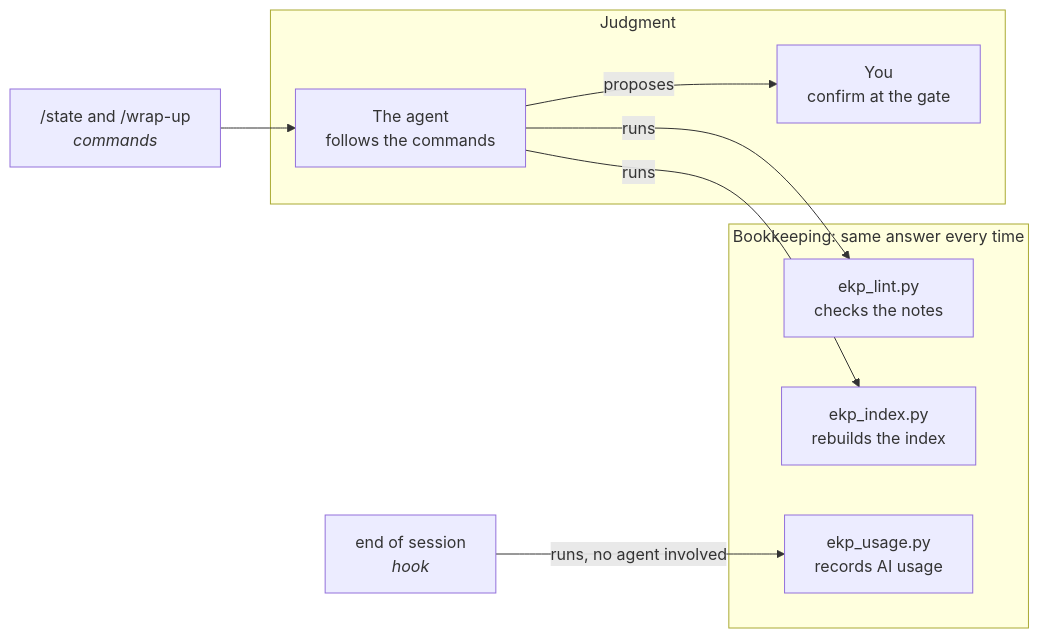
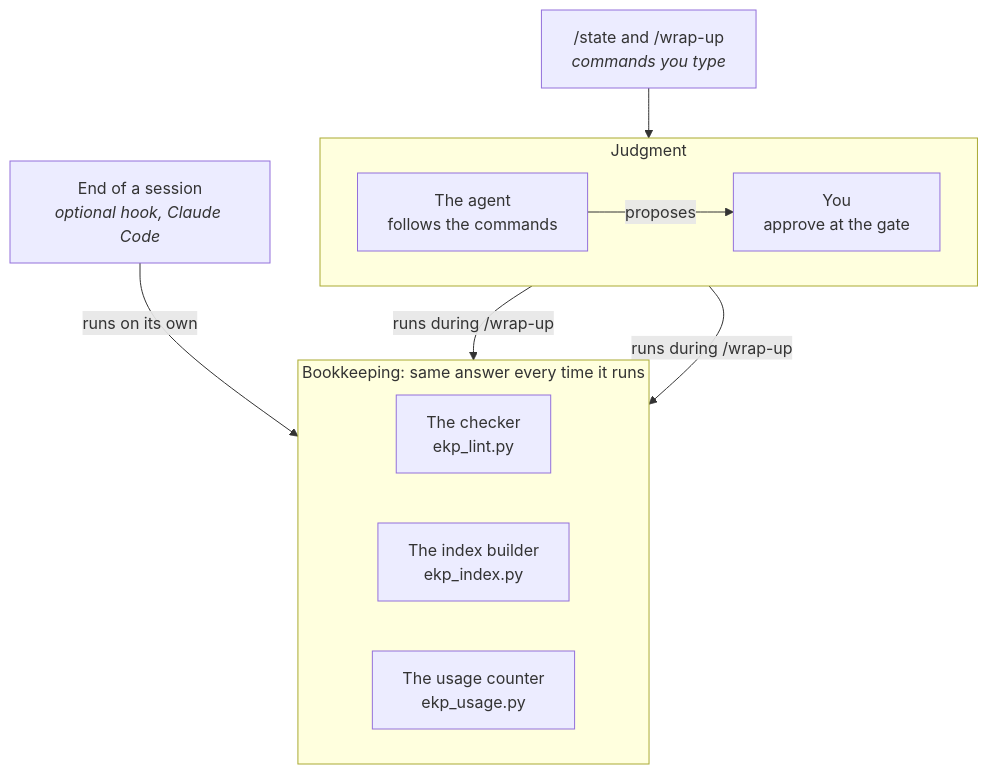
One commit to AhUhmm/epistemic-knowledge-profile changed the fourth of 4 diagrams in docs/how-it-works.md. Above: the diagram before and after it, drawn with Mermaid. The commit also changed other lines of this file, not shown here.

Commit message:
docs/how-it-works: redraw two diagrams
From the blind review of #23 (group 3):
- the example graph uses the notes' full titles, wrapped, laid out
  bottom-to-top so it is narrower and reads in rough time order;
- the who-does-what diagram is top-to-bottom with side-by-side groups,
  so the agent's two arrows no longer pass through the checker box;
  scripts are named by their job first, file name second.

````diff
--- a/docs/how-it-works.md
+++ b/docs/how-it-works.md
@@ -213,17 +216,21 @@
 ```mermaid
-flowchart LR
+flowchart TB
+    CMDS["/state and /wrap-up<br/><i>commands you type</i>"]
+    HOOK["End of a session<br/><i>optional hook, Claude Code</i>"]
     subgraph J["Judgment"]
-        YOU2["You<br/>confirm at the gate"]
+        direction LR
         AG["The agent<br/>follows the commands"]
+        YOU2["You<br/>approve at the gate"]
     end
-    subgraph D["Bookkeeping: same answer every time"]
-        LINT["ekp_lint.py<br/>checks the notes"]
-        INDEX["ekp_index.py<br/>rebuilds the index"]
-        USAGE["ekp_usage.py<br/>records AI usage"]
+    subgraph D["Bookkeeping: same answer every time it runs"]
+        direction LR
+        LINT["The checker<br/>ekp_lint.py"]
+        INDEX["The index builder<br/>ekp_index.py"]
+        USAGE["The usage counter<br/>ekp_usage.py"]
     end
-    CMDS["/state and /wrap-up<br/><i>commands</i>"] --> AG
-    AG -- "runs" --> LINT
-    AG -- "runs" --> INDEX
-    HOOK["end of session<br/><i>hook</i>"] -- "runs, no agent involved" --> USAGE
+    CMDS --> AG
     AG -- "proposes" --> YOU2
+    AG -- "runs during /wrap-up" --> LINT
+    AG -- "runs during /wrap-up" --> INDEX
+    HOOK -- "runs on its own" --> USAGE
 ```
````
